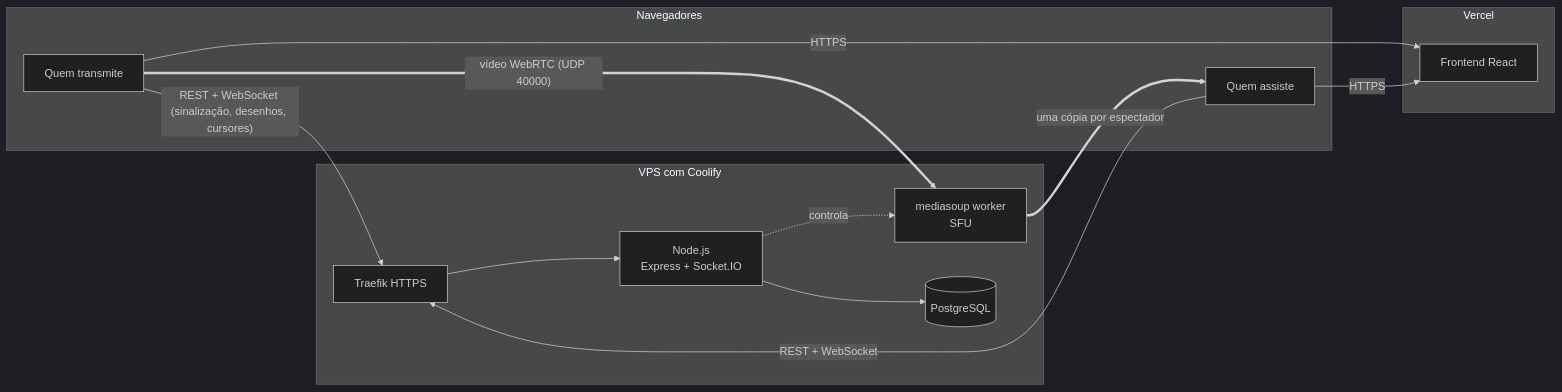
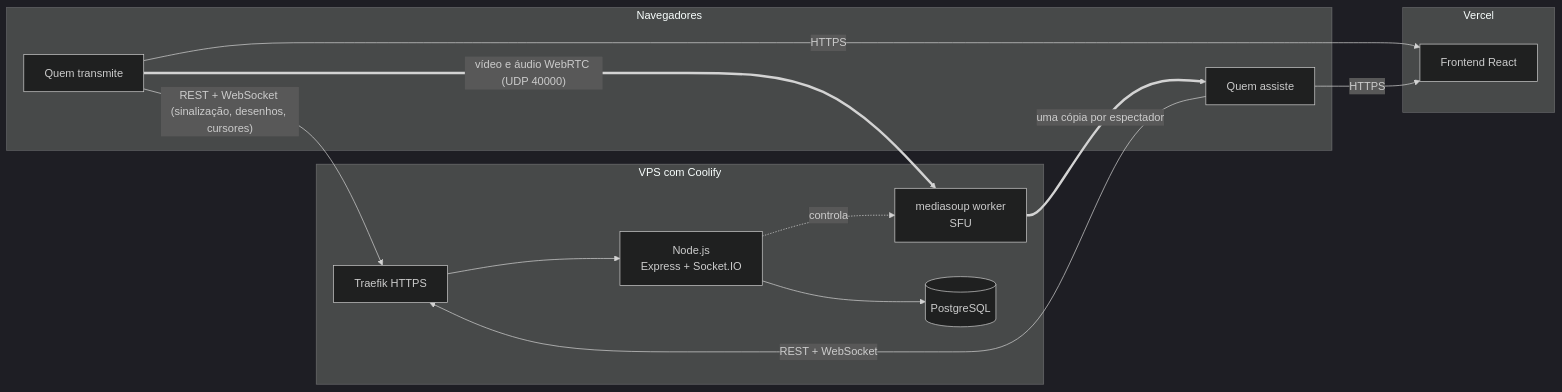
Before and after one commit to Julio-Lopes/screenify: the diagram in README.md, drawn with Mermaid (dark theme). The commit also changed other lines of this file and 7 other files, not shown here.

````diff
--- a/README.md
+++ b/README.md
@@ -22,27 +23,27 @@
 ```mermaid
 flowchart LR
   subgraph Navegadores
     A[Quem transmite]
     B[Quem assiste]
   end
 
   subgraph Vercel
     F[Frontend React]
   end
 
   subgraph VPS com Coolify
     T[Traefik HTTPS]
     S[Node.js<br/>Express + Socket.IO]
     M[mediasoup worker<br/>SFU]
     P[(PostgreSQL)]
   end
 
   A -- HTTPS --> F
   B -- HTTPS --> F
   A -- "REST + WebSocket (sinalização, desenhos, cursores)" --> T --> S
   B -- "REST + WebSocket" --> T
   S --> P
   S -. controla .-> M
-  A == "vídeo WebRTC (UDP 40000)" ==> M
+  A == "vídeo e áudio WebRTC (UDP 40000)" ==> M
   M == "uma cópia por espectador" ==> B
 ```
````
